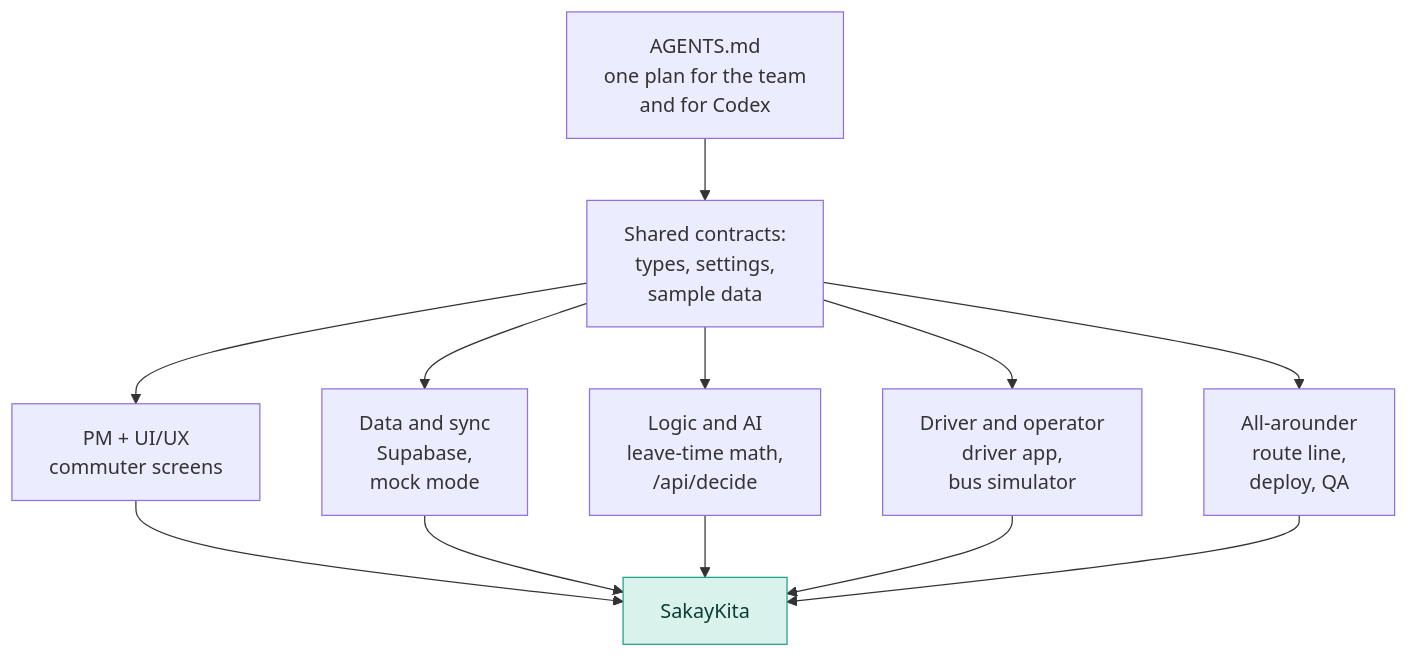
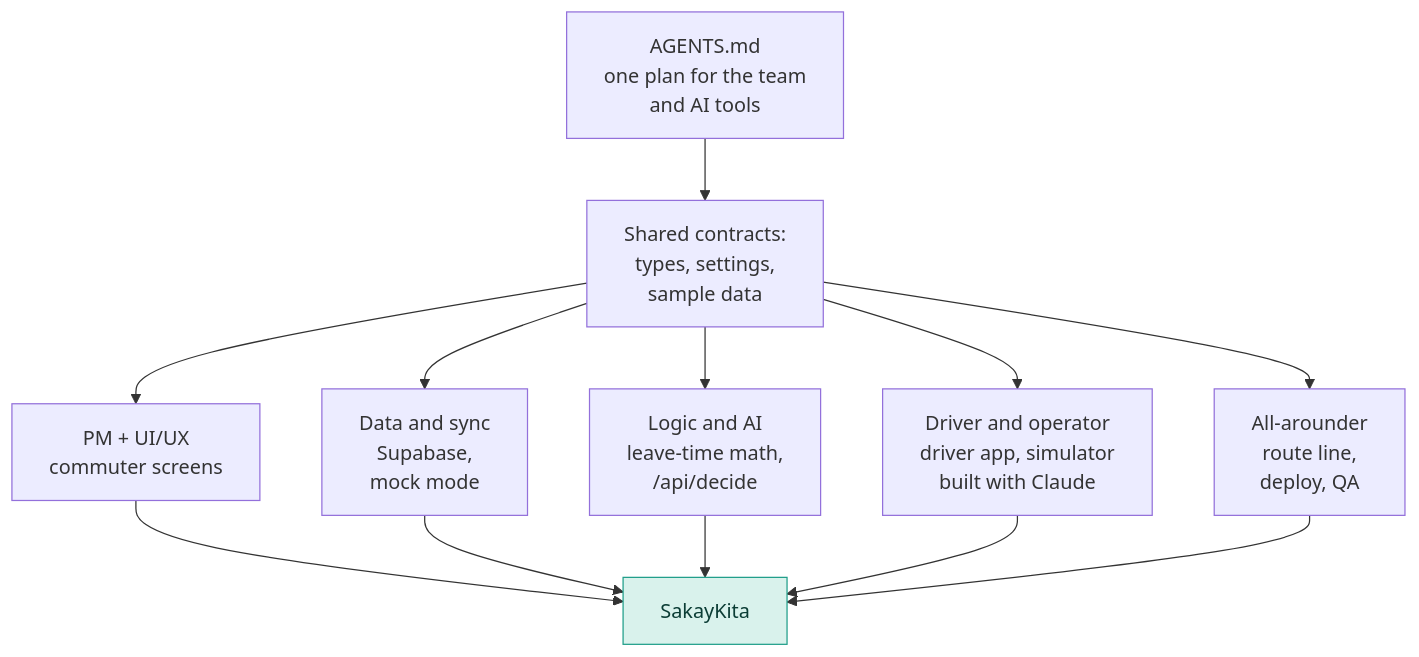
The eighth of 8 diagrams in README.md (lanzmanalac/bustrack), drawn with Mermaid before and after one commit. The commit also changed other lines of this file and 10 other files, not shown here.

````diff
--- a/README.md
+++ b/README.md
@@ -358,18 +358,18 @@
 ```mermaid
 ---
 config:
   flowchart:
     wrappingWidth: 400
 ---
 flowchart TD
-    PLAN["AGENTS.md<br/>one plan for the team<br/>and for Codex"] --> CON["Shared contracts:<br/>types, settings,<br/>sample data"]
+    PLAN["AGENTS.md<br/>one plan for the team<br/>and AI tools"] --> CON["Shared contracts:<br/>types, settings,<br/>sample data"]
     CON --> R1["PM + UI/UX<br/>commuter screens"]
     CON --> R2["Data and sync<br/>Supabase,<br/>mock mode"]
     CON --> R3["Logic and AI<br/>leave-time math,<br/>/api/decide"]
-    CON --> R4["Driver and operator<br/>driver app,<br/>bus simulator"]
+    CON --> R4["Driver and operator<br/>driver app, simulator<br/>built with Claude"]
     CON --> R5["All-arounder<br/>route line,<br/>deploy, QA"]
     R1 & R2 & R3 & R4 & R5 --> APP["SakayKita"]
 
     classDef good fill:#d9f2ec,stroke:#1f9e89,color:#0b3d35
     class APP good
 ```
````
